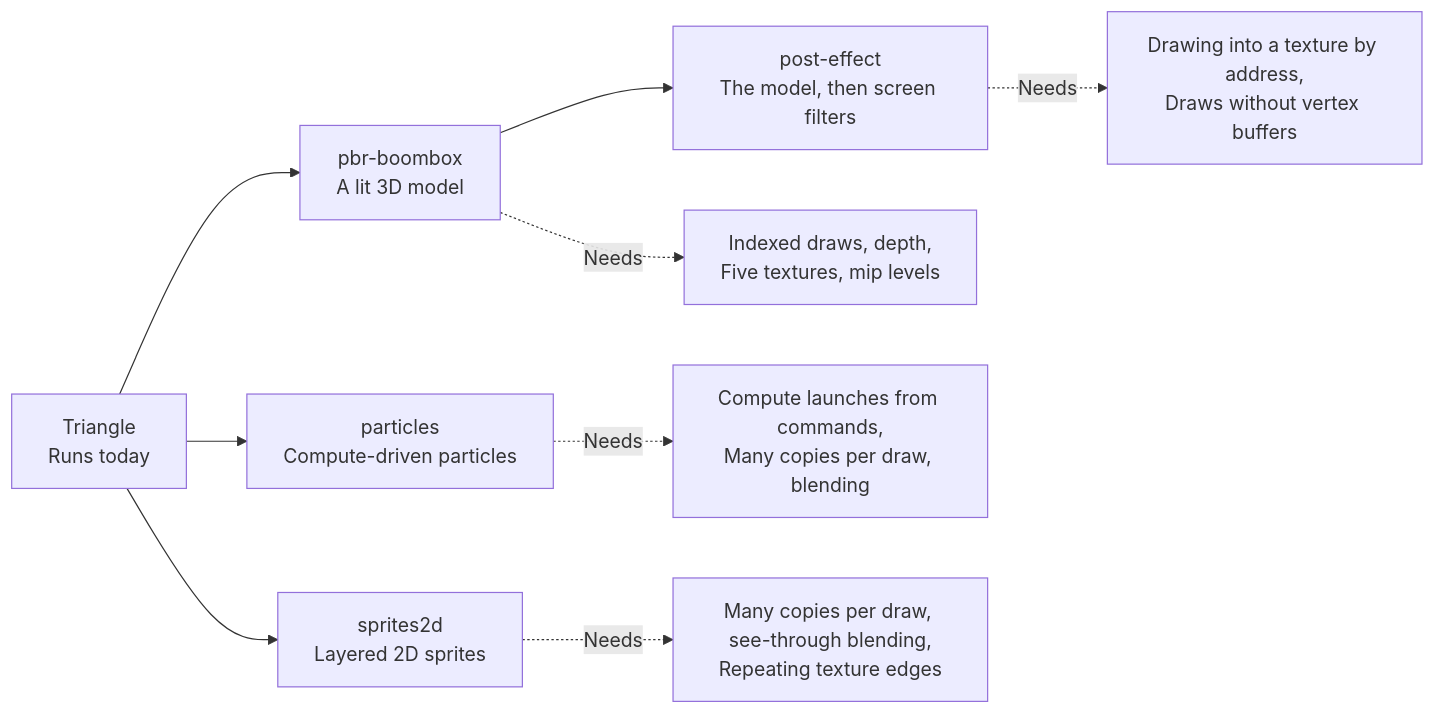
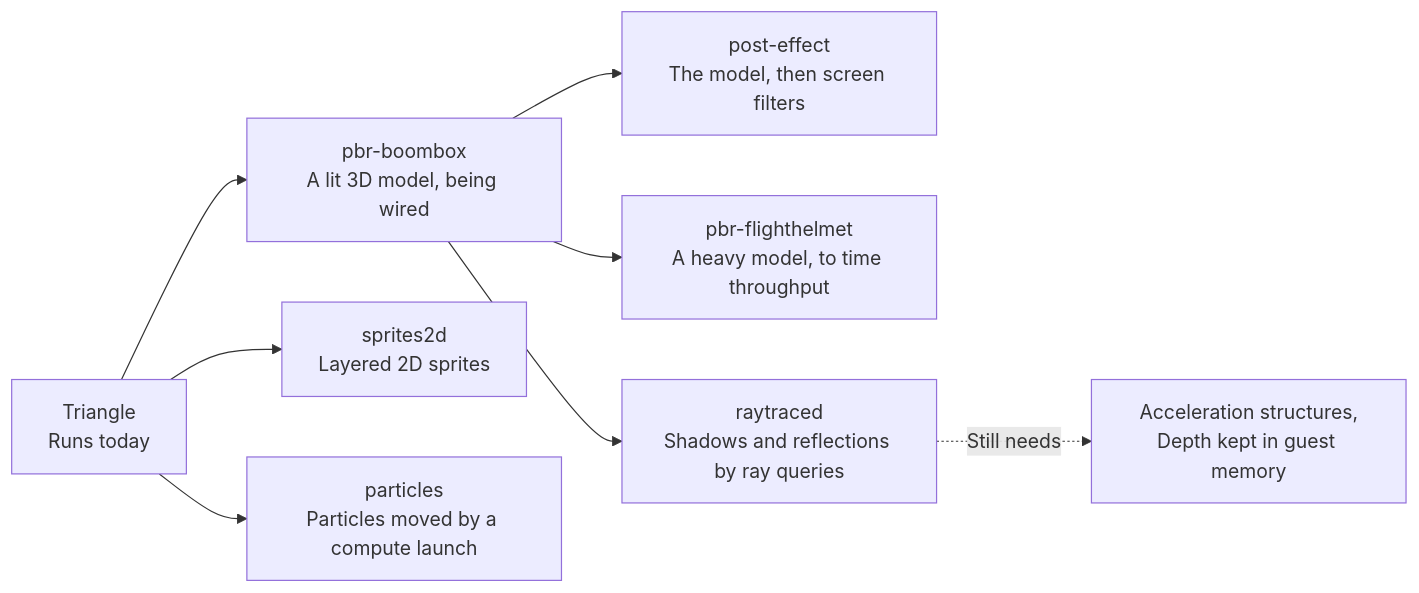
Before and after one commit to 0xNikilite/oboromi: the first of 2 diagrams in docs/architecture/demos.md, drawn with Mermaid. The commit also changed other lines of this file and 2 other files, not shown here.

````diff
--- a/docs/architecture/demos.md
+++ b/docs/architecture/demos.md
@@ -57,11 +57,10 @@
 ```mermaid
 flowchart LR
-    TRI["Triangle<br/>Runs today"] --> PBR["pbr-boombox<br/>A lit 3D model"]
+    TRI["Triangle<br/>Runs today"] --> PBR["pbr-boombox<br/>A lit 3D model, being wired"]
     PBR --> POST["post-effect<br/>The model, then screen filters"]
+    PBR --> FH["pbr-flighthelmet<br/>A heavy model, to time throughput"]
+    PBR --> RT["raytraced<br/>Shadows and reflections by ray queries"]
     TRI --> SPR["sprites2d<br/>Layered 2D sprites"]
-    TRI --> PART["particles<br/>Compute-driven particles"]
-    PBR -.->|"Needs"| N1["Indexed draws, depth,<br/>Five textures, mip levels"]
-    POST -.->|"Needs"| N2["Drawing into a texture by address,<br/>Draws without vertex buffers"]
-    PART -.->|"Needs"| N3["Compute launches from commands,<br/>Many copies per draw, blending"]
-    SPR -.->|"Needs"| N4["Many copies per draw, see-through blending,<br/>Repeating texture edges"]
+    TRI --> PART["particles<br/>Particles moved by a compute launch"]
+    RT -.->|"Still needs"| N1["Acceleration structures,<br/>Depth kept in guest memory"]
 ```
````
